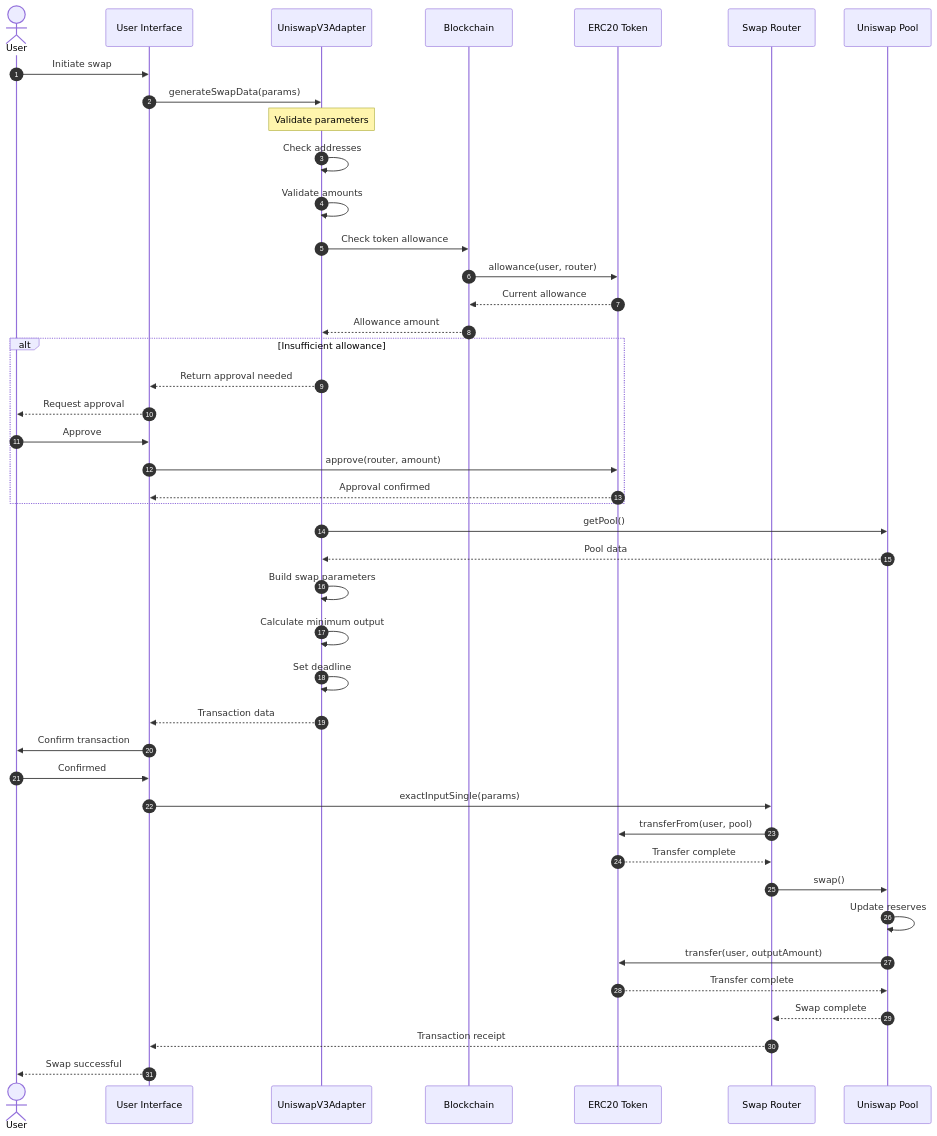
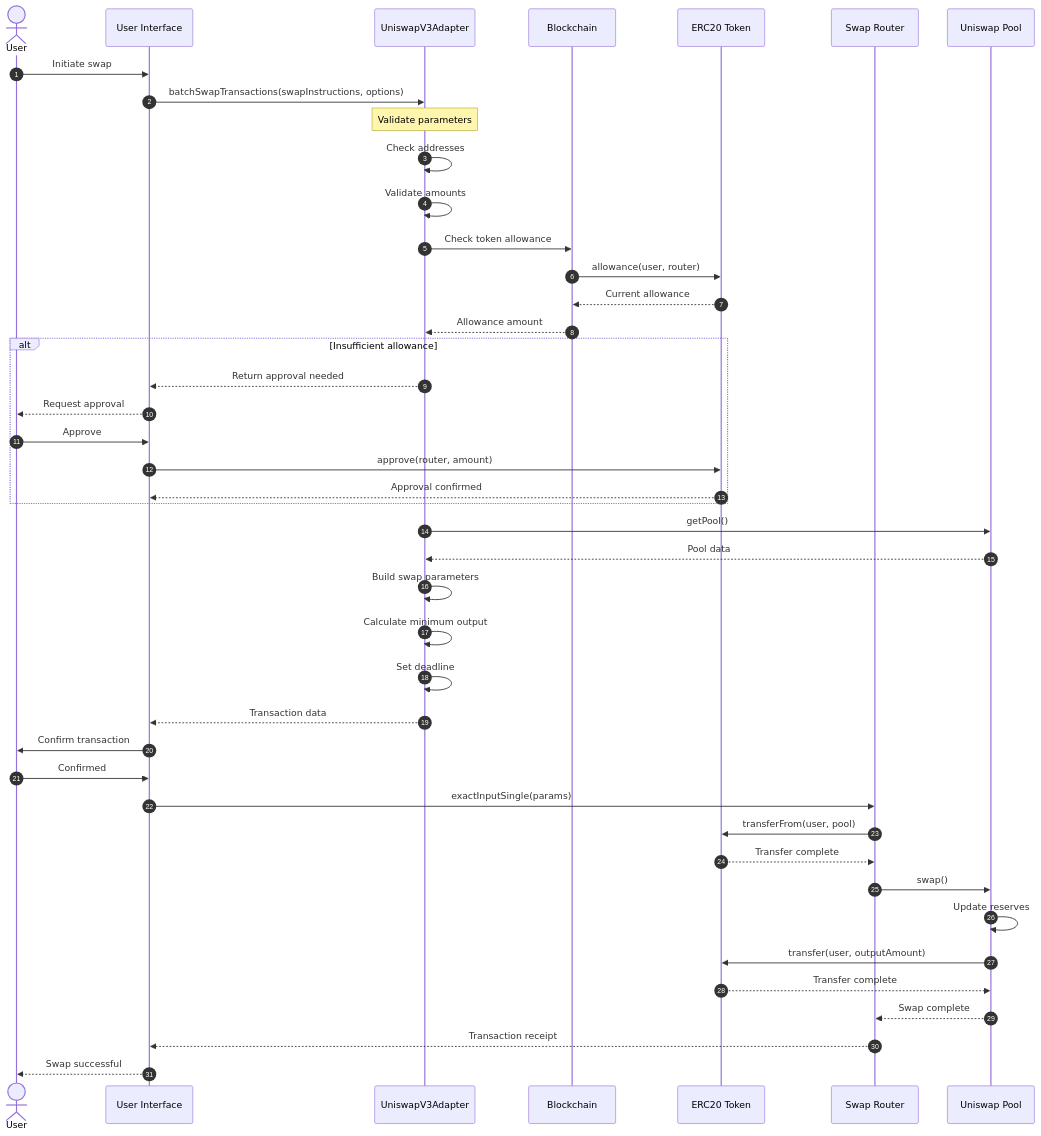
Before and after one commit to derrek-b/fum_project: the second of 4 diagrams in docs/diagrams/mermaid/sequence-diagrams.md, drawn with Mermaid. The commit also changed 28 other files, not shown here.

First line of the commit message:
WIP - platform-agnosticism refactor: V4 adapter swap + position creation

````diff
--- a/docs/diagrams/mermaid/sequence-diagrams.md
+++ b/docs/diagrams/mermaid/sequence-diagrams.md
@@ -48,55 +48,55 @@
 ```mermaid
 sequenceDiagram
     autonumber
     actor User
     participant UI as User Interface
     participant Adapter as UniswapV3Adapter
     participant BC as Blockchain
     participant Token as ERC20 Token
     participant Router as Swap Router
     participant Pool as Uniswap Pool
     
     User->>UI: Initiate swap
-    UI->>Adapter: generateSwapData(params)
+    UI->>Adapter: batchSwapTransactions(swapInstructions, options)
     
     Note over Adapter: Validate parameters
     Adapter->>Adapter: Check addresses
     Adapter->>Adapter: Validate amounts
     
     Adapter->>BC: Check token allowance
     BC->>Token: allowance(user, router)
     Token-->>BC: Current allowance
     BC-->>Adapter: Allowance amount
     
     alt Insufficient allowance
         Adapter-->>UI: Return approval needed
         UI-->>User: Request approval
         User->>UI: Approve
         UI->>Token: approve(router, amount)
         Token-->>UI: Approval confirmed
     end
     
     Adapter->>Pool: getPool()
     Pool-->>Adapter: Pool data
     
     Adapter->>Adapter: Build swap parameters
     Adapter->>Adapter: Calculate minimum output
     Adapter->>Adapter: Set deadline
     
     Adapter-->>UI: Transaction data
     UI->>User: Confirm transaction
     User->>UI: Confirmed
     
     UI->>Router: exactInputSingle(params)
     Router->>Token: transferFrom(user, pool)
     Token-->>Router: Transfer complete
     
     Router->>Pool: swap()
     Pool->>Pool: Update reserves
     Pool->>Token: transfer(user, outputAmount)
     Token-->>Pool: Transfer complete
     
     Pool-->>Router: Swap complete
     Router-->>UI: Transaction receipt
     UI-->>User: Swap successful
 ```
````
